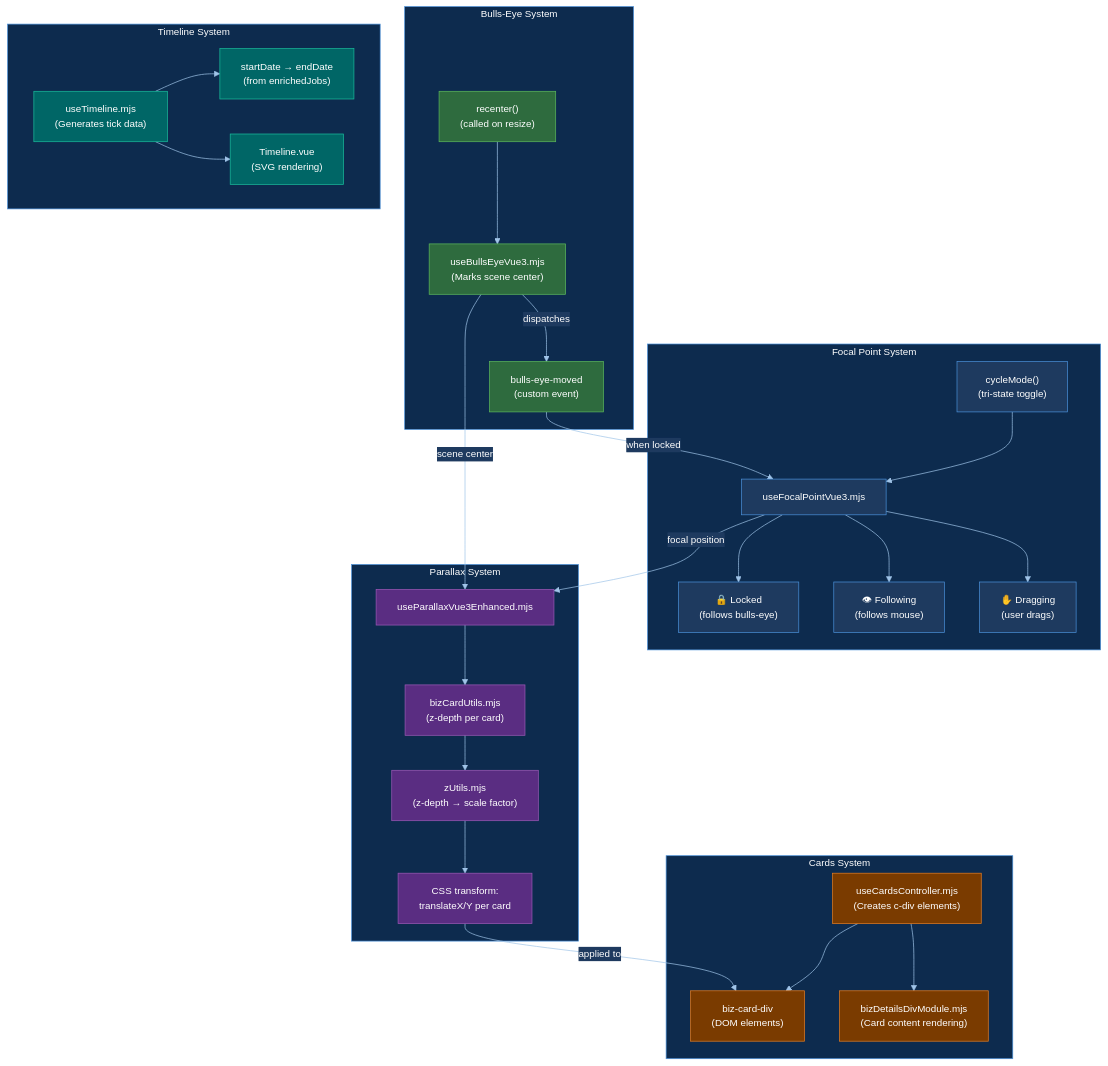
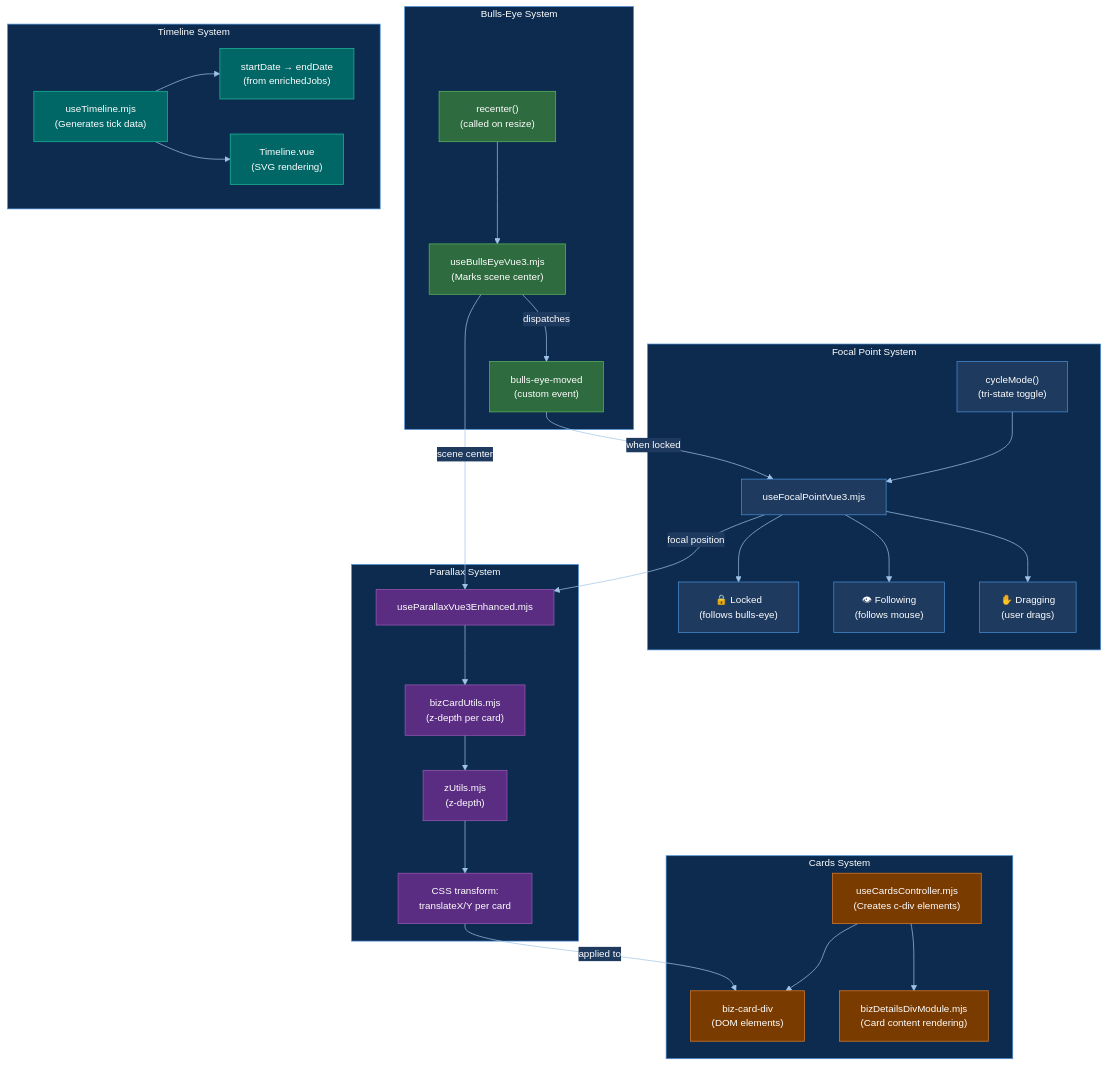
The fifth of 8 diagrams in docs/vue-architecture.md (sbecker11/resume-flyer), drawn with Mermaid before and after one commit. The commit also changed 13 other files, not shown here.

````diff
--- a/docs/vue-architecture.md
+++ b/docs/vue-architecture.md
@@ -304,62 +304,62 @@
 ```mermaid
 %%{init: {"theme":"base","themeVariables":{"primaryColor":"#1e3a5f","primaryTextColor":"#ffffff","primaryBorderColor":"#4a90d9","lineColor":"#a0c4e8","secondaryColor":"#2a4a7f","tertiaryColor":"#0d2b4e","clusterBkg":"#0d2b4e","clusterBorder":"#4a90d9","titleColor":"#ffffff","edgeLabelBackground":"#1e3a5f","fontFamily":"trebuchet ms, verdana, arial","fontSize":"14px"}}}%%
 flowchart TD
     subgraph BullsEyeSys["Bulls-Eye System"]
         BullsEye["useBullsEyeVue3.mjs\n(Marks scene center)"]
         BEEvent["bulls-eye-moved\n(custom event)"]
         BERecenter["recenter()\n(called on resize)"]
     end
 
     subgraph FocalPtSys["Focal Point System"]
         FocalPt["useFocalPointVue3.mjs"]
         FPLocked["🔒 Locked\n(follows bulls-eye)"]
         FPFollowing["👁 Following\n(follows mouse)"]
         FPDragging["✋ Dragging\n(user drags)"]
         CycleMode["cycleMode()\n(tri-state toggle)"]
     end
 
     subgraph ParallaxSys["Parallax System"]
         Parallax["useParallaxVue3Enhanced.mjs"]
         ZDepth["bizCardUtils.mjs\n(z-depth per card)"]
-        ZUtils["zUtils.mjs\n(z-depth → scale factor)"]
+        ZUtils["zUtils.mjs\n(z-depth)"]
         Transform["CSS transform:\ntranslateX/Y per card"]
     end
 
     subgraph CardsSys["Cards System"]
         Cards["useCardsController.mjs\n(Creates c-div elements)"]
         BizCards["biz-card-div\n(DOM elements)"]
         BizDetails["bizDetailsDivModule.mjs\n(Card content rendering)"]
     end
 
     subgraph TimelineSys["Timeline System"]
         Timeline["useTimeline.mjs\n(Generates tick data)"]
         TimelineVue["Timeline.vue\n(SVG rendering)"]
         DateRange["startDate → endDate\n(from enrichedJobs)"]
     end
 
     classDef bullsNode fill:#2e6b3e,stroke:#5cb85c,color:#fff
     classDef focalNode fill:#1e3a5f,stroke:#4a90d9,color:#fff
     classDef parallaxNode fill:#5a2d82,stroke:#9b59b6,color:#fff
     classDef cardNode fill:#7a3b00,stroke:#e67e22,color:#fff
     classDef timelineNode fill:#006666,stroke:#1abc9c,color:#fff
 
     class BullsEye,BEEvent,BERecenter bullsNode
     class FocalPt,FPLocked,FPFollowing,FPDragging,CycleMode focalNode
     class Parallax,ZDepth,ZUtils,Transform parallaxNode
     class Cards,BizCards,BizDetails cardNode
     class Timeline,TimelineVue,DateRange timelineNode
 
     BullsEye -->|dispatches| BEEvent
     BEEvent -->|when locked| FocalPt
     BERecenter --> BullsEye
     FocalPt --> FPLocked & FPFollowing & FPDragging
     CycleMode --> FocalPt
     FocalPt -->|focal position| Parallax
     BullsEye -->|scene center| Parallax
     Parallax --> ZDepth --> ZUtils --> Transform
     Transform -->|applied to| BizCards
     Cards --> BizCards
     Cards --> BizDetails
     Timeline --> DateRange
     Timeline --> TimelineVue
 ```
````
